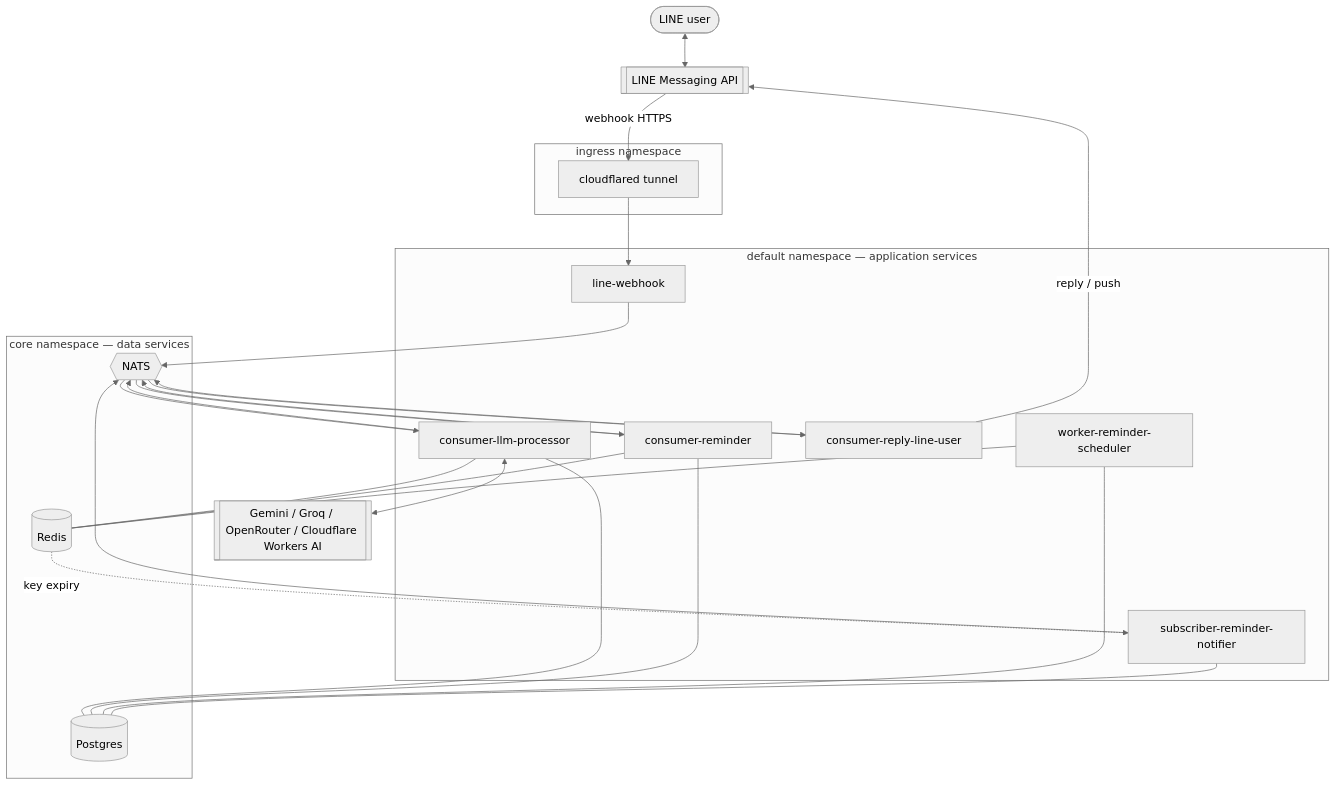
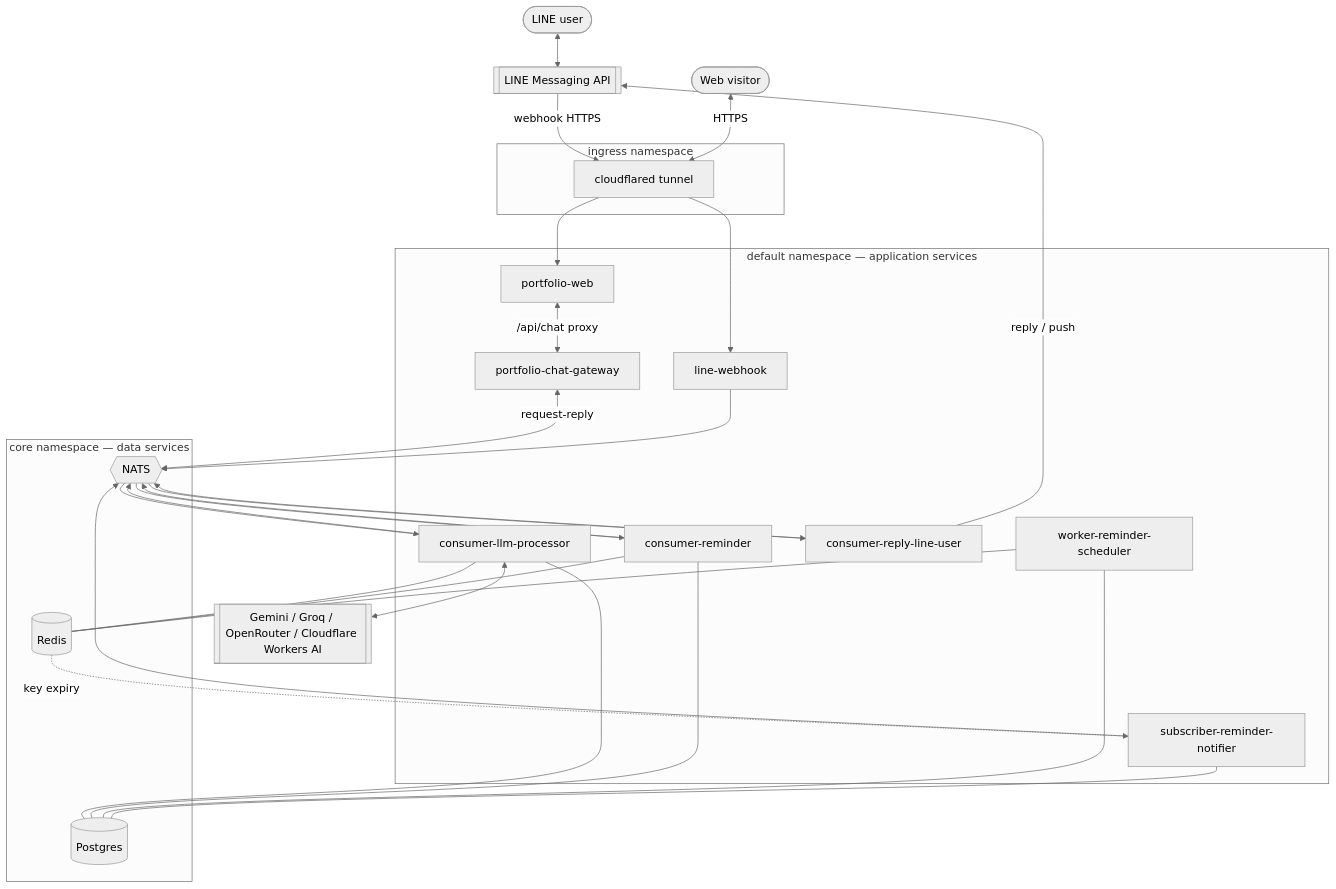
The diagram in apps/docs/docs/architecture/overview.md (Chokchai-Fa/homelab-monorepo), drawn with Mermaid (neutral theme) before and after one commit. The commit also changed other lines of this file and 11 other files, not shown here.

First line of the commit message:
Enrich portfolio persona, generic multi-channel docs, faster Next.js image

````diff
--- a/apps/docs/docs/architecture/overview.md
+++ b/apps/docs/docs/architecture/overview.md
@@ -17,49 +25,58 @@
 ```mermaid
 flowchart TB
   user([LINE user])
   line[[LINE Messaging API]]
+  visitor([Web visitor])
 
   subgraph edge["ingress namespace"]
     cf[cloudflared tunnel]
   end
 
   subgraph apps["default namespace — application services"]
+    portfolio[portfolio-web]
+    gateway[portfolio-chat-gateway]
     webhook[line-webhook]
     llm[consumer-llm-processor]
     reminder[consumer-reminder]
     reply[consumer-reply-line-user]
     scheduler[worker-reminder-scheduler]
     notifier[subscriber-reminder-notifier]
   end
 
   subgraph core["core namespace — data services"]
     nats{{NATS}}
     pg[(Postgres)]
     redis[(Redis)]
   end
 
   ext[[Gemini / Groq / OpenRouter / Cloudflare Workers AI]]
 
+  %% LINE channel (fire-and-forget)
   user <--> line
   line -->|webhook HTTPS| cf --> webhook
   reply -->|reply / push| line
+
+  %% Web channel (request-reply)
+  visitor <-->|HTTPS| cf --> portfolio
+  portfolio <-->|/api/chat proxy| gateway
+  gateway <-->|request-reply| nats
 
   webhook --> nats
   nats --> llm
   nats --> reminder
   nats --> reply
   llm --> nats
   reminder --> nats
   notifier --> nats
   reply --> nats
 
   llm <--> ext
   llm --- pg
   llm --- redis
   reminder --- pg
   reminder --- redis
   scheduler --- pg
   scheduler --- redis
   notifier --- pg
   redis -.key expiry.-> notifier
 ```
````
